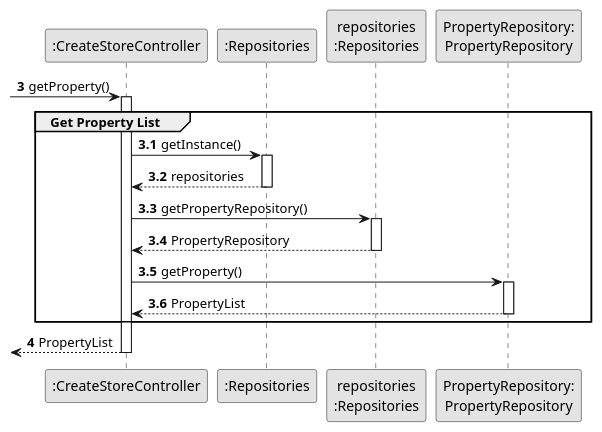
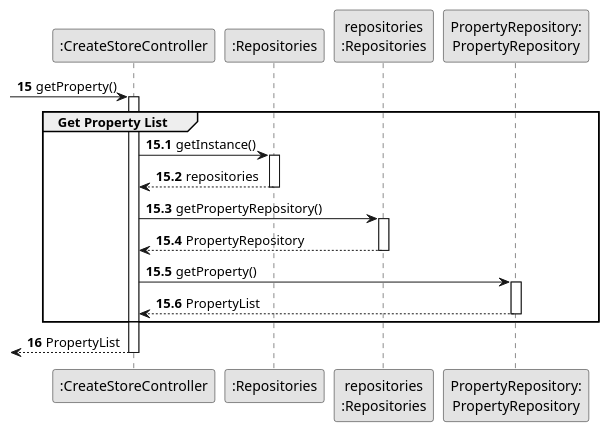
The diagram in lei-22-s2-1do-g68/docs/SprintB/us004/03.design/puml/us004-sequence-diagram-partial-get-property-list.puml (hugosilva2901/lei-22-s2-1DO-g68), drawn with PlantUML before and after one commit. The commit also changed 18 other files, not shown here.

```diff
--- a/lei-22-s2-1do-g68/docs/SprintB/us004/03.design/puml/us004-sequence-diagram-partial-get-property-list.puml
+++ b/lei-22-s2-1do-g68/docs/SprintB/us004/03.design/puml/us004-sequence-diagram-partial-get-property-list.puml
@@ -1,48 +1,48 @@
 @startuml
 skinparam monochrome true
 skinparam packageStyle rectangle
 skinparam shadowing false
 
 autonumber
 
 'hide footbox
 
 participant ":CreateStoreController" as CTRL
 participant ":Repositories" as RepositorySingleton
 participant "repositories\n:Repositories" as PLAT
 participant "PropertyRepository:\nPropertyRepository" as PropertyRepository
 
-autonumber 3
+autonumber 15
 
  -> CTRL : getProperty()
-autonumber 3.1
+autonumber 15.1
 activate CTRL
     group Get Property List
 
 
             CTRL -> RepositorySingleton : getInstance()
             activate RepositorySingleton
 
                 RepositorySingleton --> CTRL: repositories
             deactivate RepositorySingleton
 
             CTRL -> PLAT : getPropertyRepository()
             activate PLAT
 
                 PLAT --> CTRL: PropertyRepository
             deactivate PLAT
 
             CTRL -> PropertyRepository : getProperty()
             activate PropertyRepository
 
                 PropertyRepository --> CTRL : PropertyList
             deactivate PropertyRepository
 
 
     end
-    autonumber 4
+    autonumber 16
     <-- CTRL  : PropertyList
 deactivate CTRL
 
 
 @enduml
```
